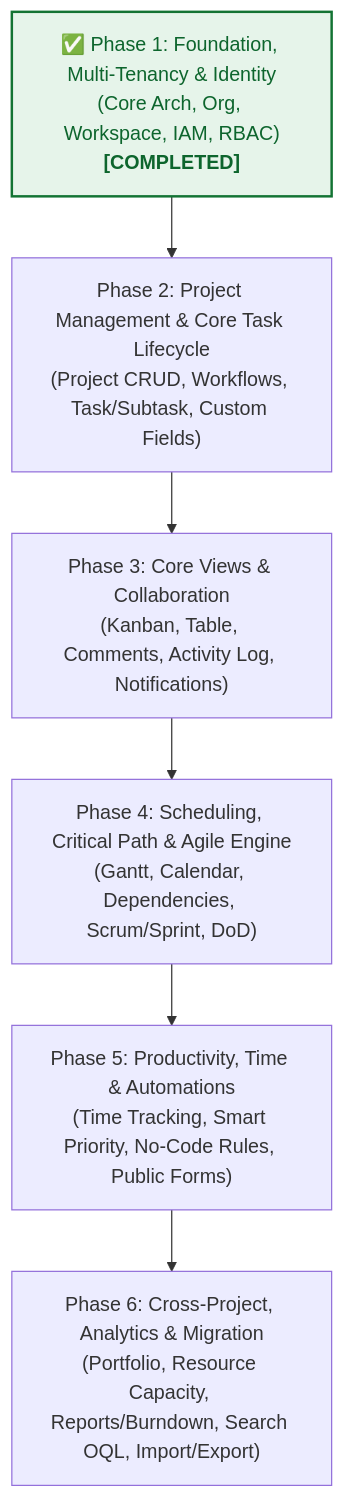
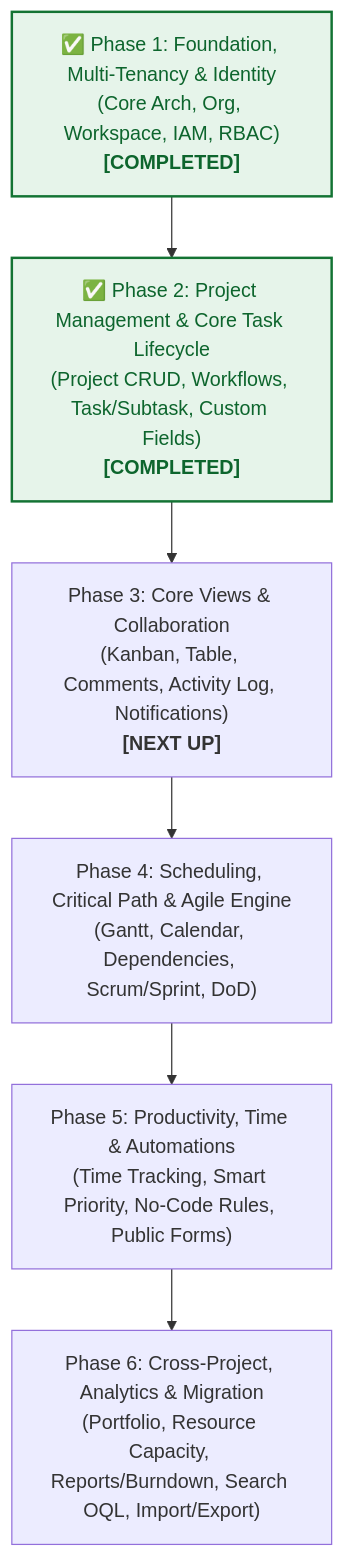
The diagram in docs/bda/02-phase1-omniproject/omniproject_core/00_DEVELOPMENT_PHASES_ROADMAP.md (HuynhTri-dev/omnimer_team_doc), drawn with Mermaid before and after one commit. The commit also changed other lines of this file and 5 other files, not shown here.

Commit message:
refactor: reorganize phase 3 documentation and requirements structure in omniproject core

````diff
--- a/docs/bda/02-phase1-omniproject/omniproject_core/00_DEVELOPMENT_PHASES_ROADMAP.md
+++ b/docs/bda/02-phase1-omniproject/omniproject_core/00_DEVELOPMENT_PHASES_ROADMAP.md
@@ -11,10 +11,11 @@
 ```mermaid
 flowchart TD
-    P1["✅ Phase 1: Foundation, Multi-Tenancy & Identity<br/>(Core Arch, Org, Workspace, IAM, RBAC)<br/><b>[COMPLETED]</b>"] --> P2["Phase 2: Project Management & Core Task Lifecycle<br/>(Project CRUD, Workflows, Task/Subtask, Custom Fields)"]
-    P2 --> P3["Phase 3: Core Views & Collaboration<br/>(Kanban, Table, Comments, Activity Log, Notifications)"]
+    P1["✅ Phase 1: Foundation, Multi-Tenancy & Identity<br/>(Core Arch, Org, Workspace, IAM, RBAC)<br/><b>[COMPLETED]</b>"] --> P2["✅ Phase 2: Project Management & Core Task Lifecycle<br/>(Project CRUD, Workflows, Task/Subtask, Custom Fields)<br/><b>[COMPLETED]</b>"]
+    P2 --> P3["Phase 3: Core Views & Collaboration<br/>(Kanban, Table, Comments, Activity Log, Notifications)<br/><b>[NEXT UP]</b>"]
     P3 --> P4["Phase 4: Scheduling, Critical Path & Agile Engine<br/>(Gantt, Calendar, Dependencies, Scrum/Sprint, DoD)"]
     P4 --> P5["Phase 5: Productivity, Time & Automations<br/>(Time Tracking, Smart Priority, No-Code Rules, Public Forms)"]
     P5 --> P6["Phase 6: Cross-Project, Analytics & Migration<br/>(Portfolio, Resource Capacity, Reports/Burndown, Search OQL, Import/Export)"]
 
     style P1 fill:#e6f4ea,stroke:#137333,stroke-width:2px,color:#0d652d
+    style P2 fill:#e6f4ea,stroke:#137333,stroke-width:2px,color:#0d652d
 ```
````
